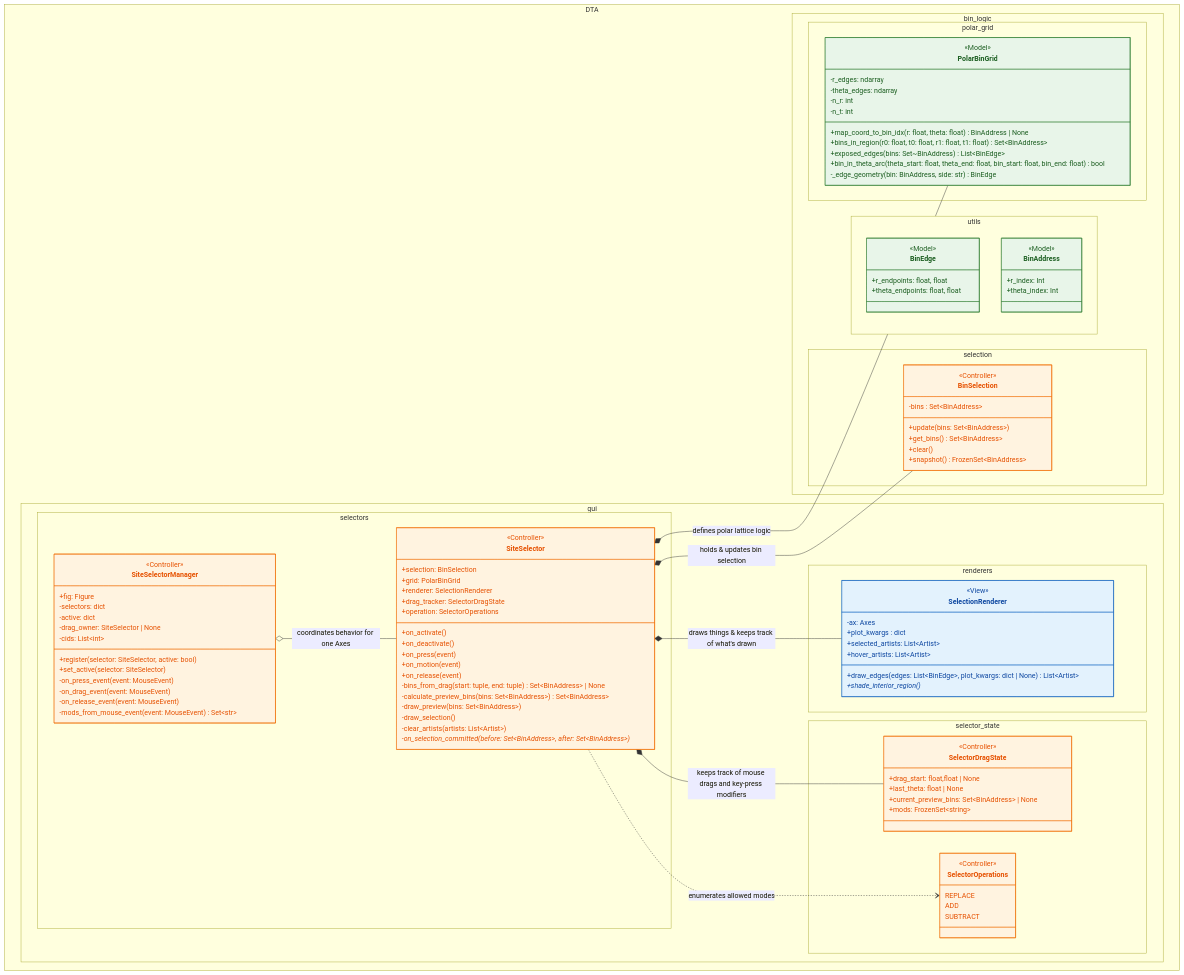
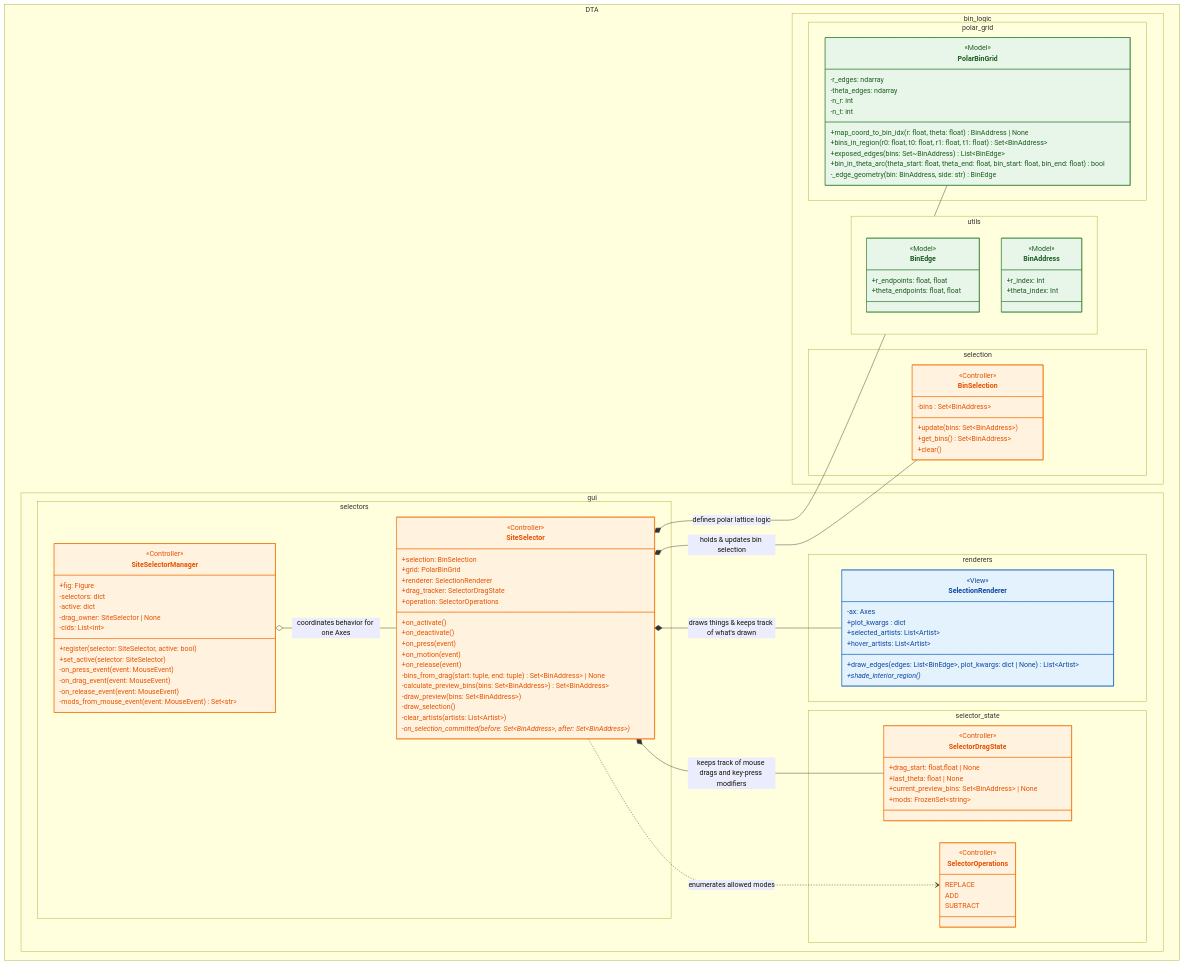
Before and after one commit to BranniganLab/density_threshold_affinity: the first of 4 diagrams in python/dta/gui/README.md, drawn with Mermaid.

Commit message:
update mermaid diagram
Removed the snapshot method from the selector_state namespace.

```diff
--- a/python/dta/gui/README.md
+++ b/python/dta/gui/README.md
@@ -123,7 +123,6 @@
     +update(bins: Set~BinAddress~)
     +get_bins() Set~BinAddress~
     +clear()
-    +snapshot() FrozenSet~BinAddress~
 }
 }
 
```
